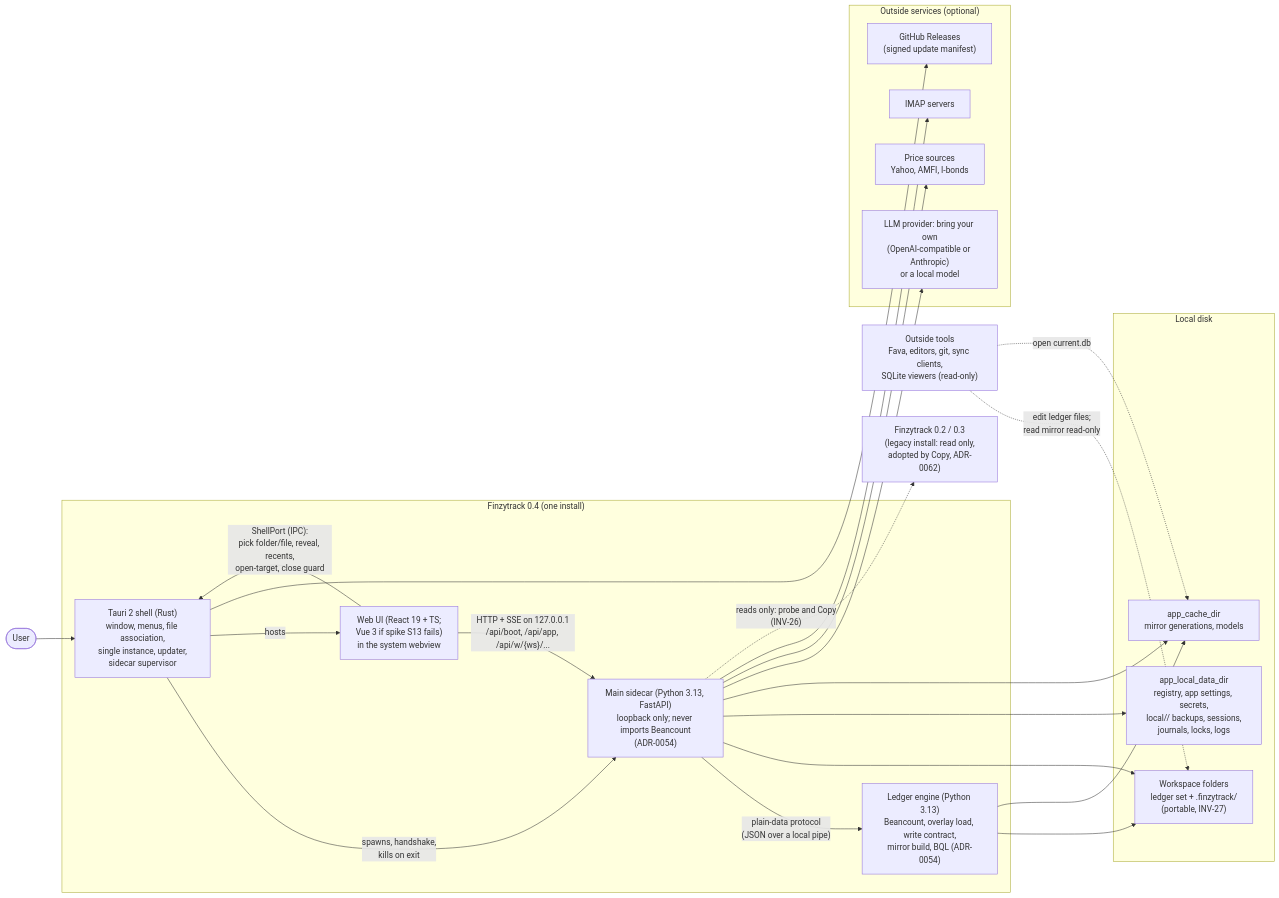
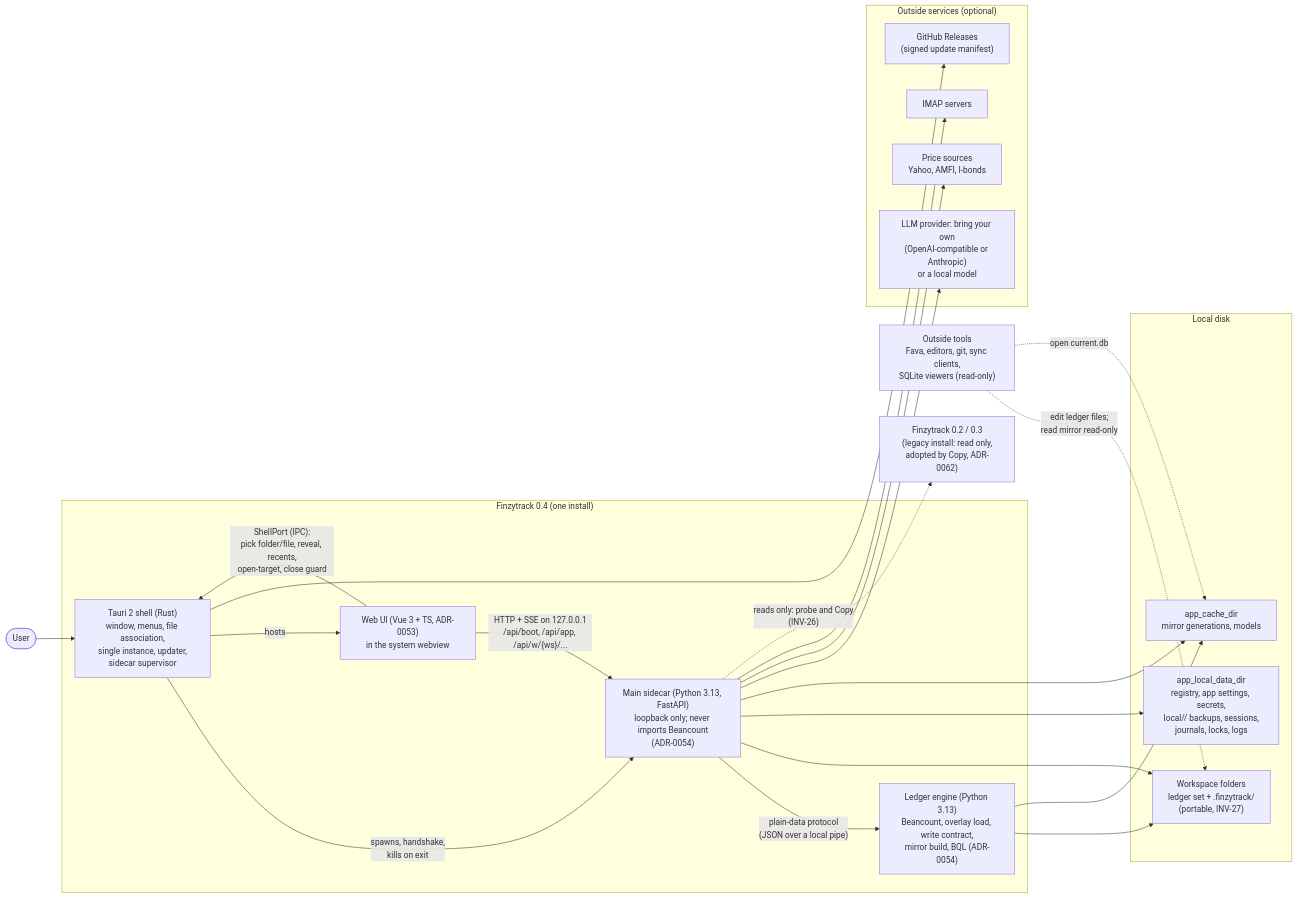
The diagram in design/ARCHITECTURE.md (sagarbehere/finzytrack), drawn with Mermaid before and after one commit. The commit also changed other lines of this file and 12 other files, not shown here.

First line of the commit message:
S0055-frontend-docs-vue: the documents describe the Vue 3 frontend that ADR-0053 decided; React-target terms retired

````diff
--- a/design/ARCHITECTURE.md
+++ b/design/ARCHITECTURE.md
@@ -42,37 +41,37 @@
 ```mermaid
 flowchart LR
   user([User])
   subgraph Desktop["Finzytrack 0.4 (one install)"]
     shell["Tauri 2 shell (Rust)\nwindow, menus, file association,\nsingle instance, updater,\nsidecar supervisor"]
-    web["Web UI (React 19 + TS;\nVue 3 if spike S13 fails)\nin the system webview"]
+    web["Web UI (Vue 3 + TS, ADR-0053)\nin the system webview"]
     side["Main sidecar (Python 3.13, FastAPI)\nloopback only; never imports Beancount\n(ADR-0054)"]
     eng["Ledger engine (Python 3.13)\nBeancount, overlay load, write contract,\nmirror build, BQL (ADR-0054)"]
   end
   subgraph Disk["Local disk"]
     wsf["Workspace folders\nledger set + .finzytrack/\n(portable, INV-27)"]
     appd["app_local_data_dir\nregistry, app settings, secrets,\nlocal/<key>/ backups, sessions,\njournals, locks, logs"]
     cache["app_cache_dir\nmirror generations, models"]
   end
   subgraph Ext["Outside services (optional)"]
     llm["LLM provider: bring your own\n(OpenAI-compatible or Anthropic)\nor a local model"]
     px["Price sources\nYahoo, AMFI, I-bonds"]
     imap["IMAP servers"]
     gh["GitHub Releases\n(signed update manifest)"]
   end
   tools["Outside tools\nFava, editors, git, sync clients,\nSQLite viewers (read-only)"]
   legacy["Finzytrack 0.2 / 0.3\n(legacy install: read only,\nadopted by Copy, ADR-0062)"]
 
   user --> shell
   shell -- "spawns, handshake,\nkills on exit" --> side
   shell -- "hosts" --> web
   web -- "HTTP + SSE on 127.0.0.1\n/api/boot, /api/app, /api/w/{ws}/..." --> side
   web -- "ShellPort (IPC):\npick folder/file, reveal, recents,\nopen-target, close guard" --> shell
   side -- "plain-data protocol\n(JSON over a local pipe)" --> eng
   eng --> wsf & cache
   side --> wsf & appd & cache
   side --> llm & px & imap
   shell --> gh
   tools -. "edit ledger files;\nread mirror read-only" .-> wsf
   tools -. "open current.db" .-> cache
   side -. "reads only: probe and Copy\n(INV-26)" .-> legacy
 ```
````
